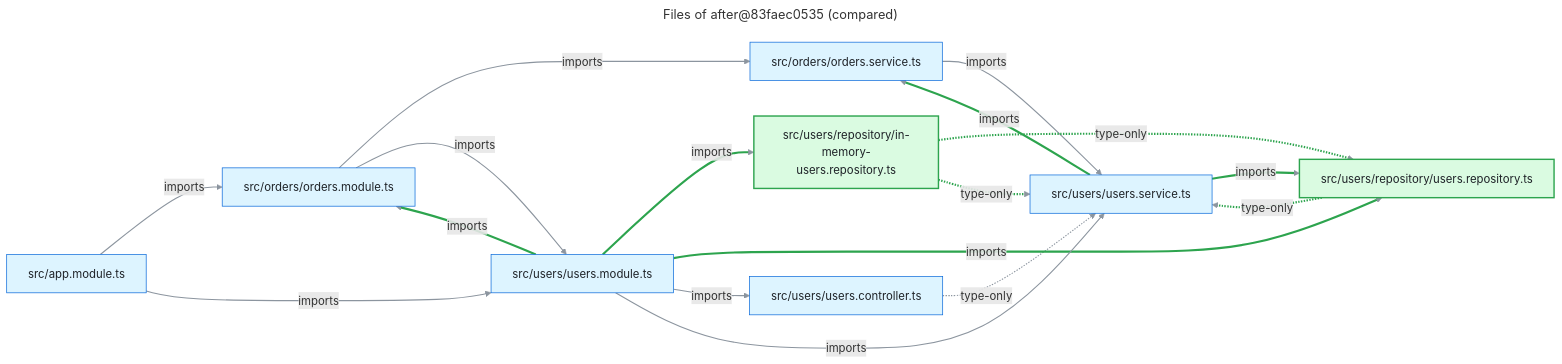
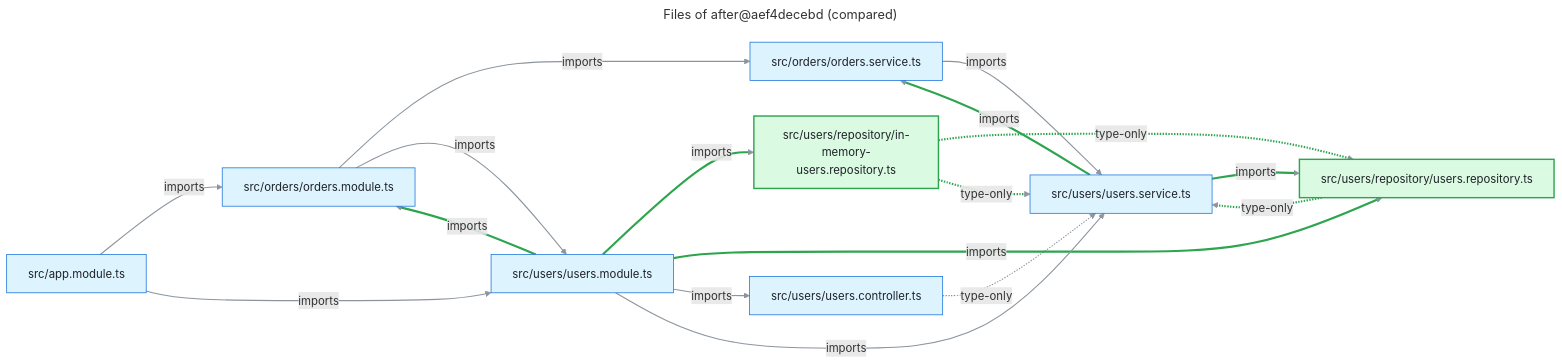
The diagram in examples/nest-shop/files-compare.mmd (FullFran/archsieve), drawn with Mermaid before and after one commit. The commit also changed 26 other files, not shown here.

```diff
--- a/examples/nest-shop/files-compare.mmd
+++ b/examples/nest-shop/files-compare.mmd
@@ -1,47 +1,47 @@
 ---
-title: "Files of after@83faec0535 (compared)"
+title: "Files of after@aef4decebd (compared)"
 ---
 flowchart LR
   n0["src/app.module.ts"]:::code
   n1["src/orders/orders.module.ts"]:::code
   n2["src/orders/orders.service.ts"]:::code
   n3["src/users/repository/in-memory-users.repository.ts"]:::added
   n4["src/users/repository/users.repository.ts"]:::added
   n5["src/users/users.controller.ts"]:::code
   n6["src/users/users.module.ts"]:::code
   n7["src/users/users.service.ts"]:::code
   n0 -->|"imports"| n1
   n0 -->|"imports"| n6
   n1 -->|"imports"| n2
   n1 -->|"imports"| n6
   n2 -->|"imports"| n7
   n3 -.->|"type-only"| n4
   n3 -.->|"type-only"| n7
   n4 -.->|"type-only"| n7
   n5 -.->|"type-only"| n7
   n6 -->|"imports"| n1
   n6 -->|"imports"| n3
   n6 -->|"imports"| n4
   n6 -->|"imports"| n5
   n6 -->|"imports"| n7
   n7 -->|"imports"| n2
   n7 -->|"imports"| n4
   linkStyle default stroke:#8c959f,stroke-width:1.5px
   linkStyle 5 stroke:#2da44e,stroke-width:3px
   linkStyle 6 stroke:#2da44e,stroke-width:3px
   linkStyle 7 stroke:#2da44e,stroke-width:3px
   linkStyle 9 stroke:#2da44e,stroke-width:3px
   linkStyle 10 stroke:#2da44e,stroke-width:3px
   linkStyle 11 stroke:#2da44e,stroke-width:3px
   linkStyle 14 stroke:#2da44e,stroke-width:3px
   linkStyle 15 stroke:#2da44e,stroke-width:3px
   classDef code fill:#ddf4ff,stroke:#0969da,color:#1f2328
   classDef external fill:#fff8c5,stroke:#9a6700,color:#1f2328
   classDef module fill:#fbefff,stroke:#8250df,color:#1f2328
   classDef added fill:#dafbe1,stroke:#2da44e,stroke-width:2px,color:#1f2328
   classDef removed fill:#ffebe9,stroke:#cf222e,stroke-dasharray:4 3,color:#1f2328
   classDef boundary fill:#f6f8fa,stroke:#57606a,stroke-dasharray:6 4,color:#1f2328
   classDef container fill:#ddf4ff,stroke:#0969da,stroke-width:2px,color:#1f2328
   classDef unverified fill:#ffffff,stroke:#0969da,stroke-width:2px,stroke-dasharray:5 3,color:#1f2328
   classDef undeclared fill:#fff1e5,stroke:#bc4c00,stroke-width:2px,color:#1f2328
   classDef focus fill:#ddf4ff,stroke:#0969da,stroke-width:4px,color:#1f2328
```
